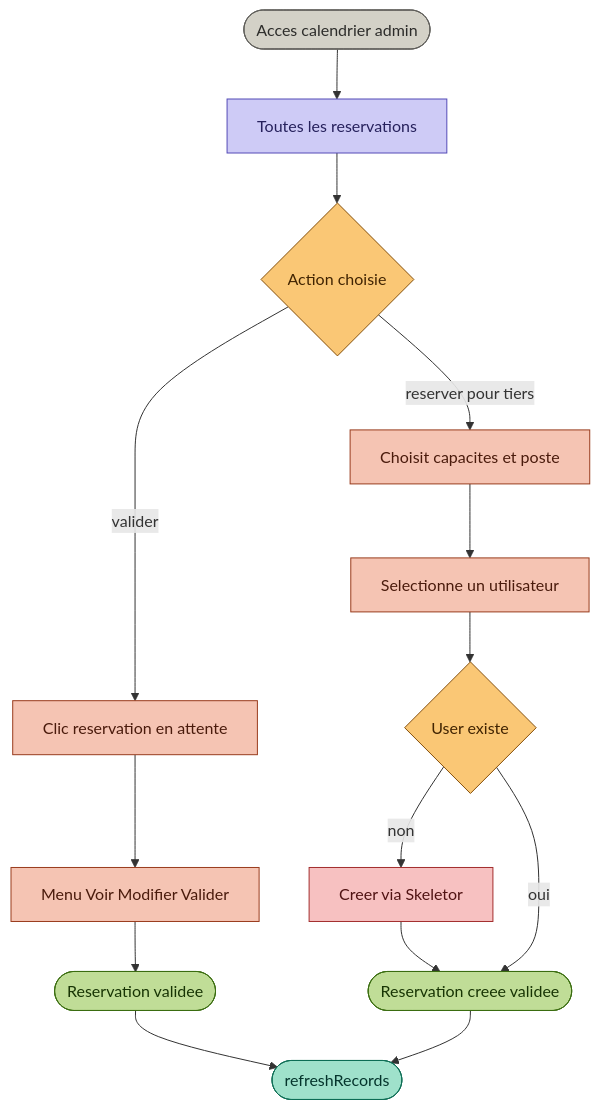
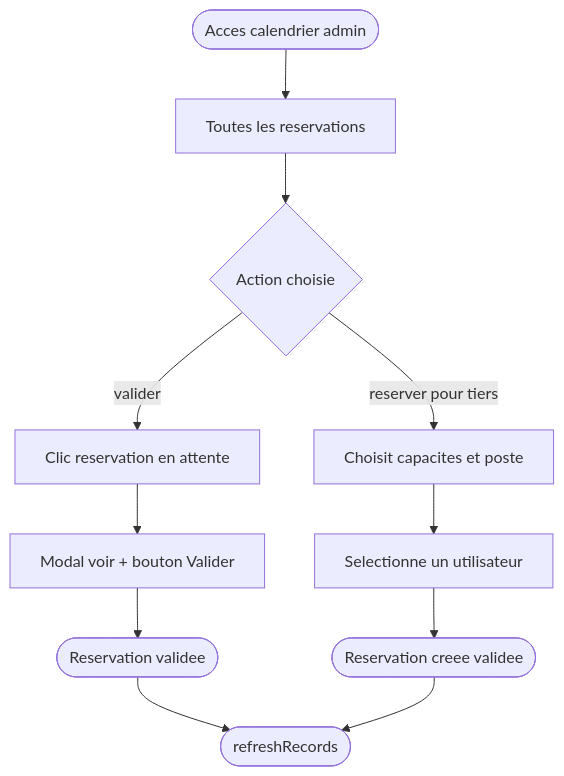
The third of 3 diagrams in resources/docs/index.md (nawak88/module_resa), drawn with Mermaid before and after one commit. The commit also changed other lines of this file and 30 other files, not shown here.

````diff
--- a/resources/docs/index.md
+++ b/resources/docs/index.md
@@ -95,29 +126,13 @@
 ```mermaid
 flowchart TD
     A(["Acces calendrier admin"]) --> B["Toutes les reservations"]
     B --> C{"Action choisie"}
     C -- "valider" --> D["Clic reservation en attente"]
-    D --> E["Menu Voir Modifier Valider"]
+    D --> E["Modal voir + bouton Valider"]
     E --> F(["Reservation validee"])
     C -- "reserver pour tiers" --> G["Choisit capacites et poste"]
     G --> H["Selectionne un utilisateur"]
-    H --> I{"User existe"}
-    I -- "non" --> J["Creer via Skeletor"]
-    J --> K(["Reservation creee validee"])
-    I -- "oui" --> K
-    F --> L(["refreshRecords"])
-    K --> L
-
-    style A fill:#D3D1C7,stroke:#5F5E5A,color:#2C2C2A
-    style B fill:#CECBF6,stroke:#534AB7,color:#26215C
-    style C fill:#FAC775,stroke:#854F0B,color:#412402
-    style D fill:#F5C4B3,stroke:#993C1D,color:#4A1B0C
-    style E fill:#F5C4B3,stroke:#993C1D,color:#4A1B0C
-    style F fill:#C0DD97,stroke:#3B6D11,color:#173404
-    style G fill:#F5C4B3,stroke:#993C1D,color:#4A1B0C
-    style H fill:#F5C4B3,stroke:#993C1D,color:#4A1B0C
-    style I fill:#FAC775,stroke:#854F0B,color:#412402
-    style J fill:#F7C1C1,stroke:#A32D2D,color:#501313
-    style K fill:#C0DD97,stroke:#3B6D11,color:#173404
-    style L fill:#9FE1CB,stroke:#0F6E56,color:#04342C
+    H --> I(["Reservation creee validee"])
+    F --> J(["refreshRecords"])
+    I --> J
 ```
````
